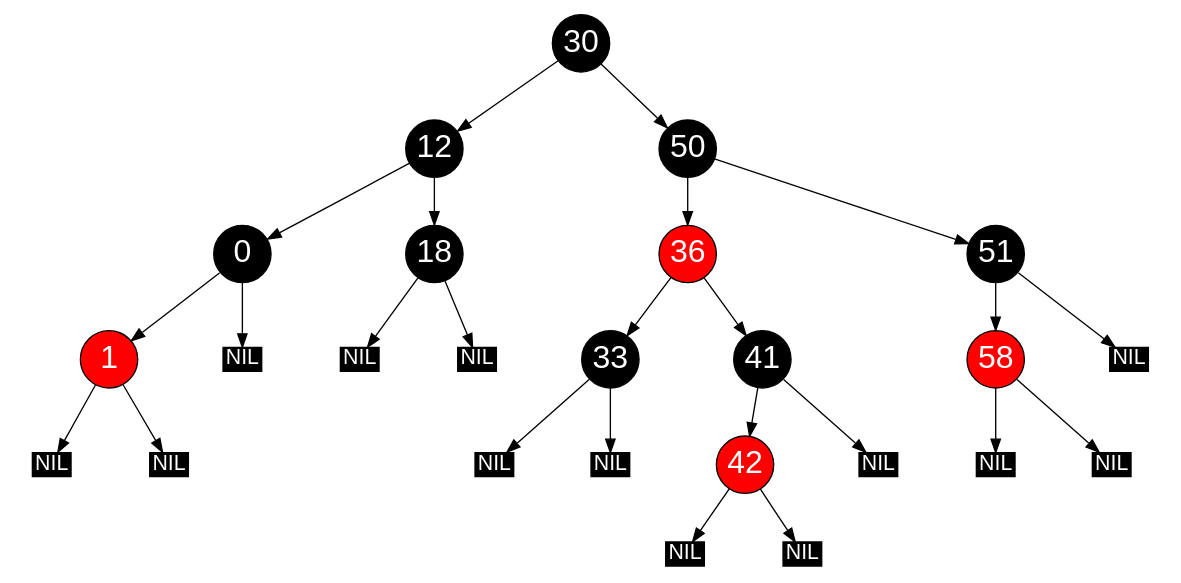
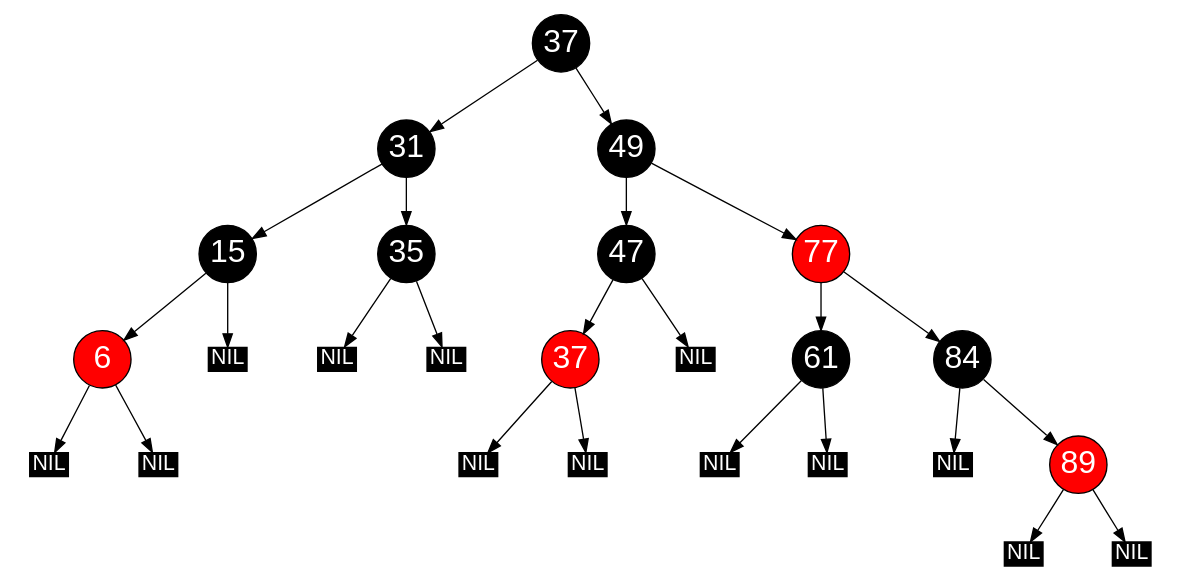
The diagram in wise2025/algorithmen_und_datenstrukturen/testat2/dot_output/tree_12.dot (gbshschmlu/hs_fulda), drawn with Graphviz before and after one commit. The commit also changed 46 other files, not shown here.

```diff
--- a/wise2025/algorithmen_und_datenstrukturen/testat2/dot_output/tree_12.dot
+++ b/wise2025/algorithmen_und_datenstrukturen/testat2/dot_output/tree_12.dot
@@ -1,38 +1,58 @@
 // Red Black Tree
 digraph G {
 	graph [ratio=.48];
 	node [style=filled, color=black, shape=circle, width=.6
 		fontname=Helvetica, fontweight=bold, fontcolor=white,
 		fontsize=24, fixedsize=true];
 
-	1, 36, 42, 58
-	[fillcolor=red];
+	n0 [label="37"];
+	n1 [label="31"];
+	n2 [label="15"];
+	n3 [label="6", fillcolor=red];
+	nil0 [label="NIL", shape=record, width=.4, height=.25, fontsize=16];
+	nil1 [label="NIL", shape=record, width=.4, height=.25, fontsize=16];
+	nil2 [label="NIL", shape=record, width=.4, height=.25, fontsize=16];
+	n4 [label="35"];
+	nil3 [label="NIL", shape=record, width=.4, height=.25, fontsize=16];
+	nil4 [label="NIL", shape=record, width=.4, height=.25, fontsize=16];
+	n5 [label="49"];
+	n6 [label="47"];
+	n7 [label="37", fillcolor=red];
+	nil5 [label="NIL", shape=record, width=.4, height=.25, fontsize=16];
+	nil6 [label="NIL", shape=record, width=.4, height=.25, fontsize=16];
+	nil7 [label="NIL", shape=record, width=.4, height=.25, fontsize=16];
+	n8 [label="77", fillcolor=red];
+	n9 [label="61"];
+	nil8 [label="NIL", shape=record, width=.4, height=.25, fontsize=16];
+	nil9 [label="NIL", shape=record, width=.4, height=.25, fontsize=16];
+	n10 [label="84"];
+	nil10 [label="NIL", shape=record, width=.4, height=.25, fontsize=16];
+	n11 [label="89", fillcolor=red];
+	nil11 [label="NIL", shape=record, width=.4, height=.25, fontsize=16];
+	nil12 [label="NIL", shape=record, width=.4, height=.25, fontsize=16];
 
-	nil0, nil1, nil2, nil3, nil4, nil5, nil6, nil7, nil8, nil9, nil10, nil11, nil12
-	[label="NIL", shape=record, width=.4, height=.25, fontsize=16];
-
-	30 -> 12;
-	12 -> 0;
-	0 -> nil0;
-	0 -> 1;
-	1 -> nil1;
-	1 -> nil2;
-	12 -> 18;
-	18 -> nil3;
-	18 -> nil4;
-	30 -> 50;
-	50 -> 36;
-	36 -> 33;
-	33 -> nil5;
-	33 -> nil6;
-	36 -> 41;
-	41 -> nil7;
-	41 -> 42;
-	42 -> nil8;
-	42 -> nil9;
-	50 -> 51;
-	51 -> nil10;
-	51 -> 58;
-	58 -> nil11;
-	58 -> nil12;
+	n3 -> nil0;
+	n3 -> nil1;
+	n2 -> n3;
+	n2 -> nil2;
+	n1 -> n2;
+	n4 -> nil3;
+	n4 -> nil4;
+	n1 -> n4;
+	n0 -> n1;
+	n7 -> nil5;
+	n7 -> nil6;
+	n6 -> n7;
+	n6 -> nil7;
+	n5 -> n6;
+	n9 -> nil8;
+	n9 -> nil9;
+	n8 -> n9;
+	n10 -> nil10;
+	n11 -> nil11;
+	n11 -> nil12;
+	n10 -> n11;
+	n8 -> n10;
+	n5 -> n8;
+	n0 -> n5;
 }
```
